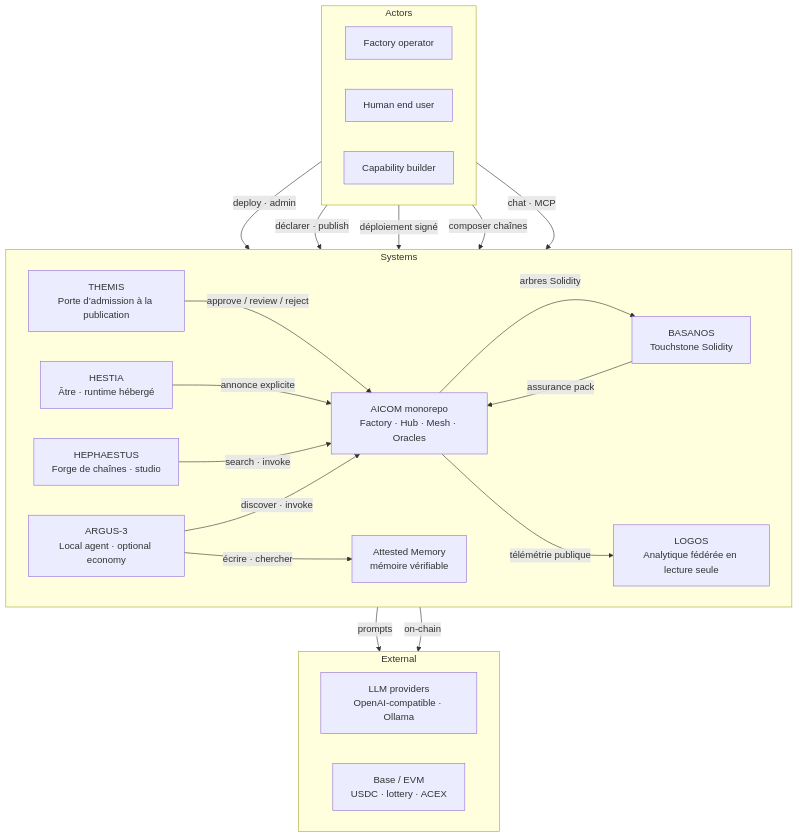
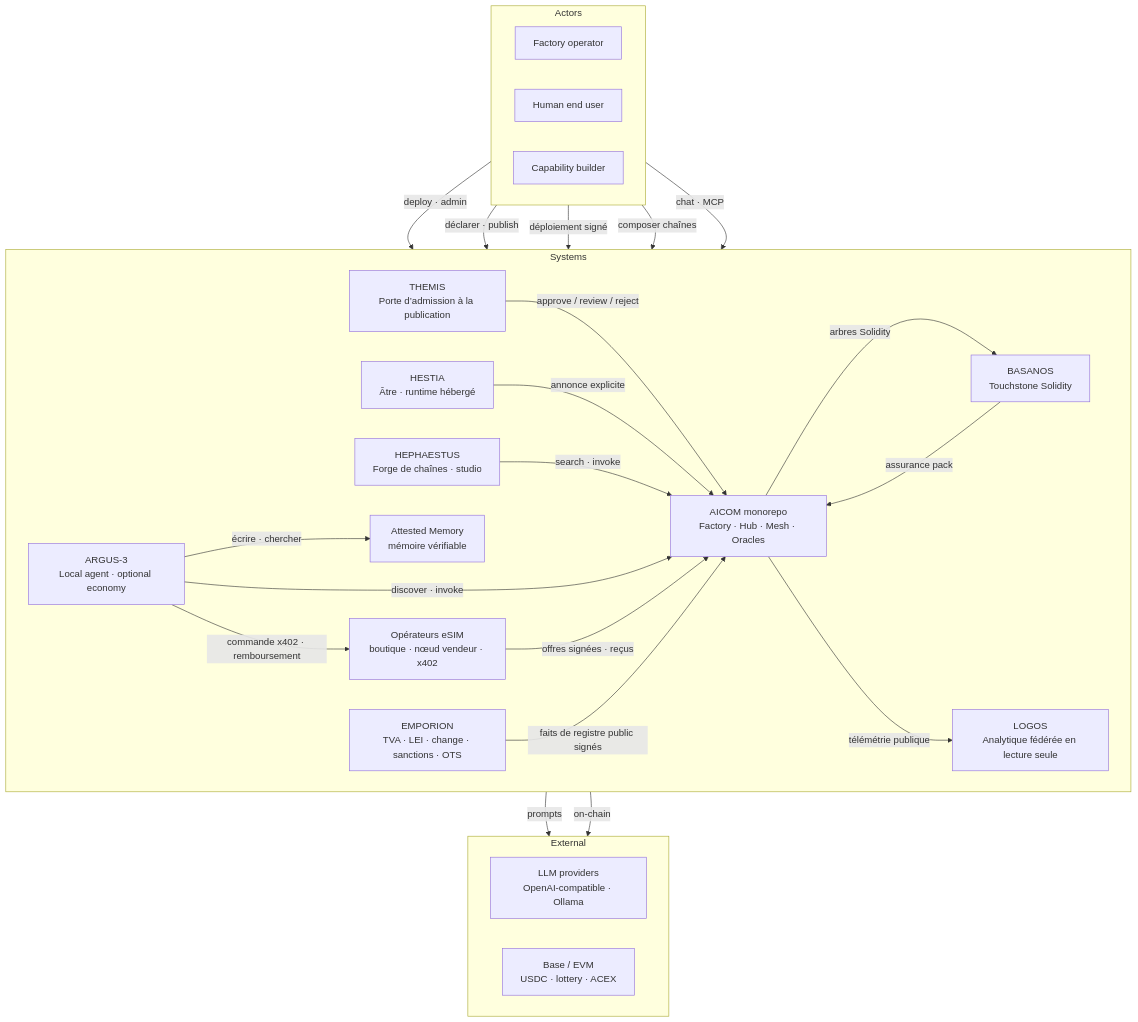
The second of 5 diagrams in docs/ecosystem/whitepaper/fr.md (alexar76/aicom), drawn with Mermaid before and after one commit. The commit also changed other lines of this file and 496 other files, not shown here.

````diff
--- a/docs/ecosystem/whitepaper/fr.md
+++ b/docs/ecosystem/whitepaper/fr.md
@@ -147,43 +149,48 @@
 ```mermaid
 flowchart TB
   subgraph actors["Actors"]
     direction LR
     operator["Factory operator"]
     enduser["Human end user"]
     builder["Capability builder"]
   end
 
   subgraph systems["Systems"]
     direction LR
     aicom["AICOM monorepo<br/>Factory · Hub · Mesh · Oracles"]
     themis["THEMIS<br/>Porte d’admission à la publication"]
     hestia["HESTIA<br/>Âtre · runtime hébergé"]
     basanos["BASANOS<br/>Touchstone Solidity"]
     hephaestus["HEPHAESTUS<br/>Forge de chaînes · studio"]
     logos["LOGOS<br/>Analytique fédérée en lecture seule"]
     argus["ARGUS-3<br/>Local agent · optional economy"]
     memory["Attested Memory<br/>mémoire vérifiable"]
+    esim["Opérateurs eSIM<br/>boutique · nœud vendeur · x402"]
+    emporion["EMPORION<br/>TVA · LEI · change · sanctions · OTS"]
   end
 
   subgraph external["External"]
     direction LR
     llm["LLM providers<br/>OpenAI-compatible · Ollama"]
     chain["Base / EVM<br/>USDC · lottery · ACEX"]
   end
 
   operator -->|deploy · admin| aicom
   builder -->|déclarer · publish| themis
   themis -->|"approve / review / reject"| aicom
   builder -->|déploiement signé| hestia
   hestia -->|annonce explicite| aicom
   enduser -->|composer chaînes| hephaestus
   hephaestus -->|search · invoke| aicom
   aicom -->|arbres Solidity| basanos
   basanos -->|assurance pack| aicom
   enduser -->|chat · MCP| argus
   argus -->|discover · invoke| aicom
   argus -->|écrire · chercher| memory
+  argus -->|commande x402 · remboursement| esim
+  esim -->|offres signées · reçus| aicom
+  emporion -->|faits de registre public signés| aicom
   aicom -->|télémétrie publique| logos
   aicom -->|prompts| llm
   aicom -->|on-chain| chain
 ```
````
